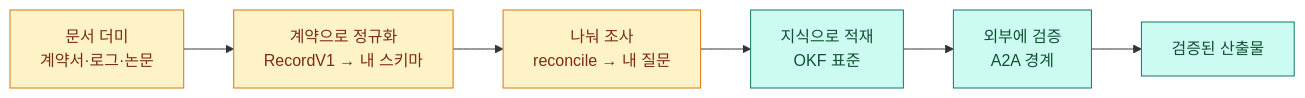
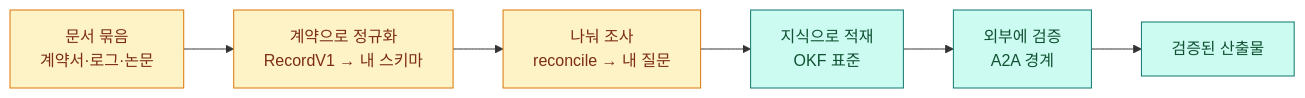
Before and after one commit to Yo-sure/deepagents-handson: the fifth of 5 diagrams in books/md/Chapter 6. 통합 Demo와 Wrap-up.md, drawn with Mermaid. The commit also changed other lines of this file and 17 other files, not shown here.

````diff
--- a/books/md/Chapter 6. 통합 Demo와 Wrap-up.md
+++ b/books/md/Chapter 6. 통합 Demo와 Wrap-up.md
@@ -553,12 +557,12 @@
 ```mermaid
 flowchart LR
-  IN["문서 더미<br/>계약서·로그·논문"] --> N["계약으로 정규화<br/>RecordV1 → 내 스키마"]
+  IN["문서 묶음<br/>계약서·로그·논문"] --> N["계약으로 정규화<br/>RecordV1 → 내 스키마"]
   N --> S["나눠 조사<br/>reconcile → 내 질문"]
   S --> K["지식으로 적재<br/>OKF 표준"]
   K --> V["외부에 검증<br/>A2A 경계"]
   V --> OUT["검증된 산출물"]
   classDef swap fill:#fef3c7,stroke:#d97706,color:#7c2d12;
   classDef keep fill:#ccfbf1,stroke:#0f766e,color:#0f5132;
   class IN,N,S swap;
   class K,V,OUT keep;
 ```
````
